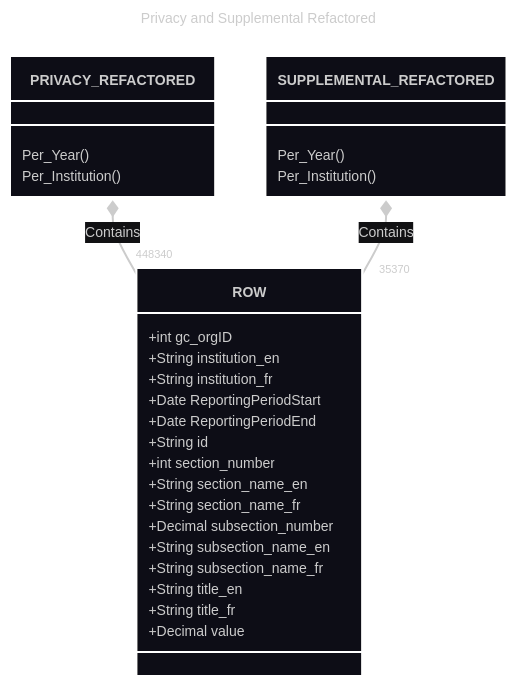
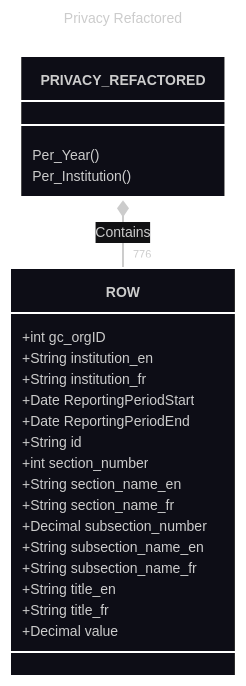
The second of 3 diagrams in draft-mermaid.md (PatLittle/ATI-Parse), drawn with Mermaid before and after one commit. The commit also changed other lines of this file, not shown here.

````diff
--- a/draft-mermaid.md
+++ b/draft-mermaid.md
@@ -45,42 +45,36 @@
 ```mermaid
 ---
 config:
   class:
     hideEmptyMembersBox: true
   theme: redux-dark
   look: neo
-title: Privacy and Supplemental Refactored
+title: Privacy Refactored
 ---
 classDiagram
 direction TB
     class PRIVACY_REFACTORED {
-        Per_Year()
-        Per_Institution()
-    }
-
-    class SUPPLEMENTAL_REFACTORED {
         Per_Year()
         Per_Institution()
     }
 
     class ROW {
         +int gc_orgID
         +String institution_en
         +String institution_fr
         +Date ReportingPeriodStart
         +Date ReportingPeriodEnd
         +String id
         +int section_number
         +String section_name_en
         +String section_name_fr
         +Decimal subsection_number
         +String subsection_name_en
         +String subsection_name_fr
         +String title_en
         +String title_fr
         +Decimal value
     }
 
-    PRIVACY_REFACTORED *--"448340" ROW : Contains
-    SUPPLEMENTAL_REFACTORED *--"35370" ROW : Contains
+    PRIVACY_REFACTORED *--"776" ROW : Contains
 ```
````
